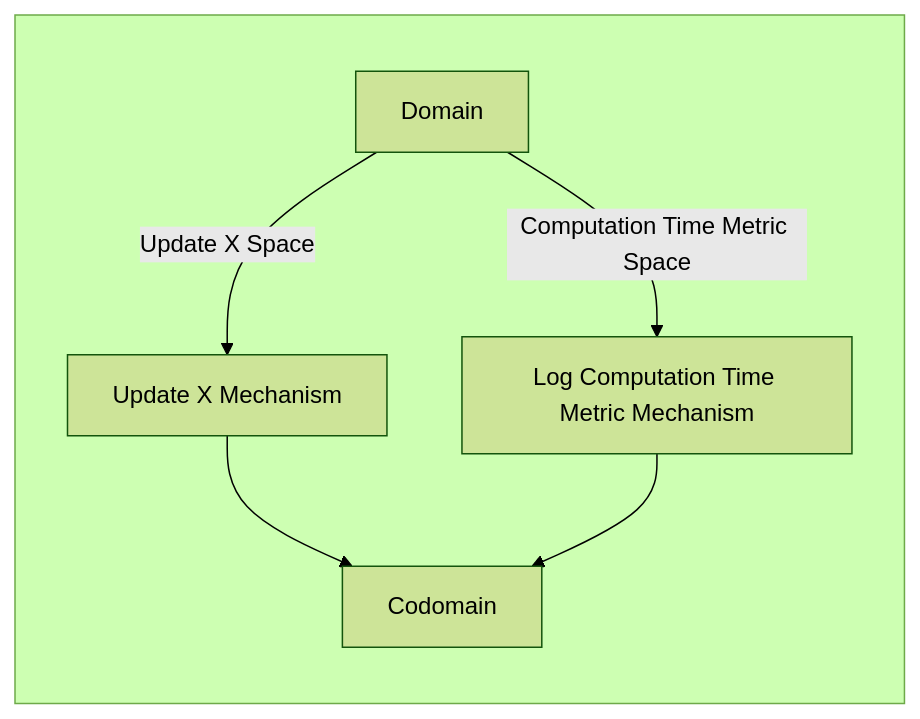
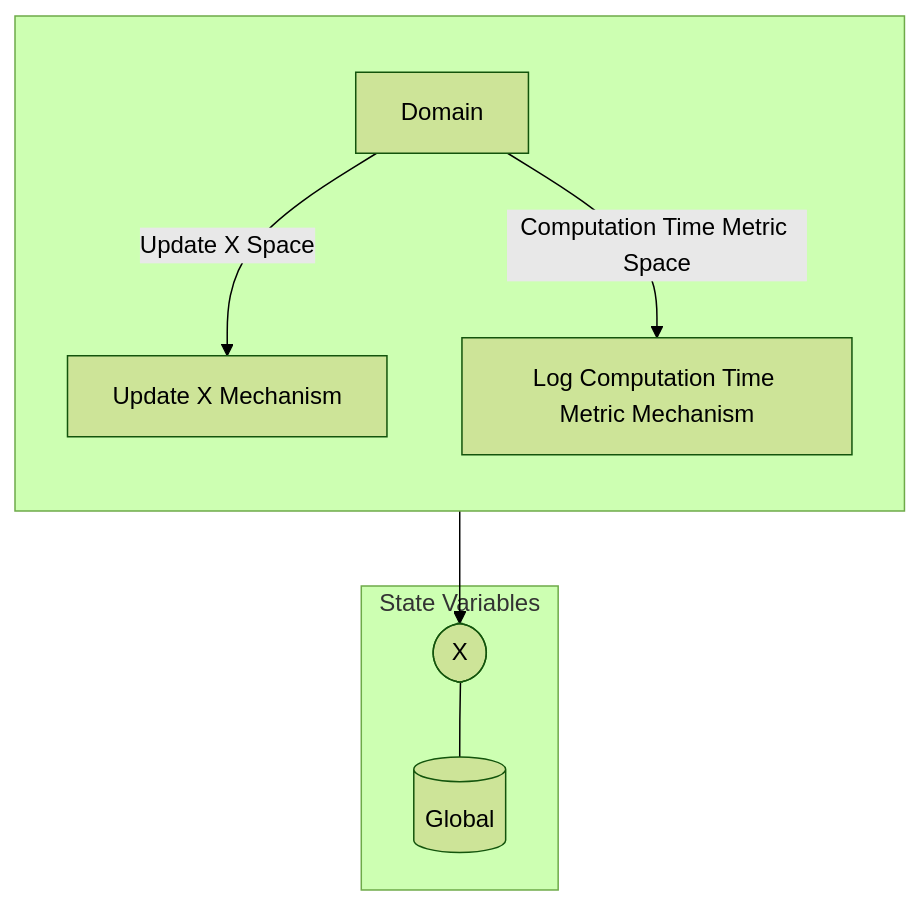
Before and after one commit to SeanMcOwen/Root-Finding-Simulation: the diagram in MSML/reports/Markdown/Wiring/Iteration Parallel Block.md, drawn with Mermaid (forest theme). The commit also changed other lines of this file and 24 other files, not shown here.

````diff
--- a/MSML/reports/Markdown/Wiring/Iteration Parallel Block.md
+++ b/MSML/reports/Markdown/Wiring/Iteration Parallel Block.md
@@ -3,16 +3,22 @@
 ```mermaid
 graph TB
-subgraph X5[ ]
+
+subgraph SVS["State Variables"]
+EE0[("Global")]
+EES0(["X"])
+EES0 --- EE0
+end
+
+subgraph X5[" "]
 direction TB
-X1[Update X Mechanism]
-X2[Log Computation Time Metric Mechanism]
+X1["Update X Mechanism"]
+X1 --> EES0
+X2["Log Computation Time Metric Mechanism"]
 X3[Domain]
-X4[Codomain]
+
 direction LR
 direction TB
 X3 --"Update X Space"--> X1
 X3 --"Computation Time Metric Space"--> X2
-X1 --> X4
-X2 --> X4
 end
 ```
````
